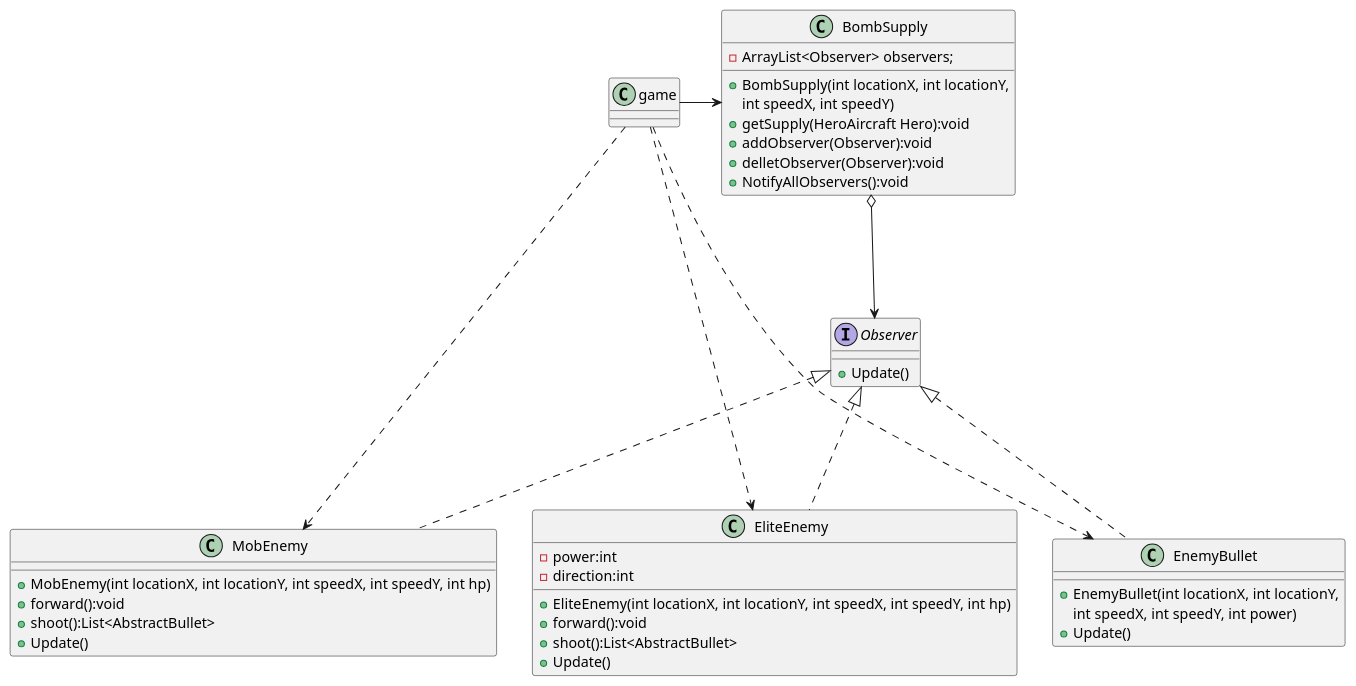
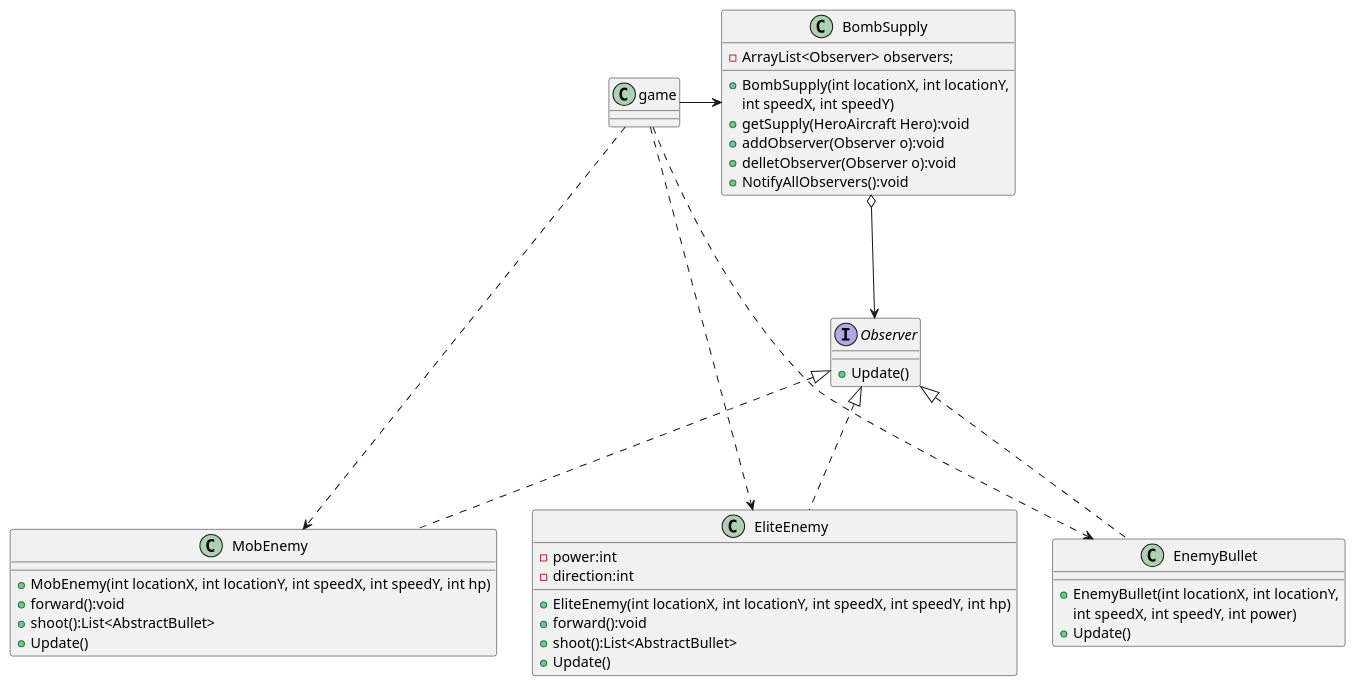
One commit to HITlgw/AircraftWar-base changed the diagram in uml/Observer.puml. Above: the diagram before and after it, drawn with PlantUML. The commit also changed 15 other files, not shown here.

```diff
--- a/uml/Observer.puml
+++ b/uml/Observer.puml
@@ -1,46 +1,46 @@
 @startuml
 'https://plantuml.com/class-diagram
 class BombSupply{
     - ArrayList<Observer> observers;
     + BombSupply(int locationX, int locationY,
      int speedX, int speedY)
     + getSupply(HeroAircraft Hero):void
-    + addObserver(Observer):void
-    + delletObserver(Observer):void
+    + addObserver(Observer o):void
+    + delletObserver(Observer o):void
     + NotifyAllObservers():void
 }
 class game{}
 Interface Observer{
     + Update()
 }
 
 class MobEnemy {
     + MobEnemy(int locationX, int locationY, int speedX, int speedY, int hp)
     + forward():void
     + shoot():List<AbstractBullet>
     + Update()
 }
 
 class EliteEnemy {
     - power:int
     - direction:int
     + EliteEnemy(int locationX, int locationY, int speedX, int speedY, int hp)
     + forward():void
     + shoot():List<AbstractBullet>
     + Update()
 }
 
 class EnemyBullet {
     + EnemyBullet(int locationX, int locationY,
      int speedX, int speedY, int power)
      + Update()
 }
 game -right-> BombSupply
 game .down.> MobEnemy
 game .down.> EliteEnemy
 game .down.> EnemyBullet
 MobEnemy .up..|> Observer
 EliteEnemy .up..|> Observer
 EnemyBullet ..up.|> Observer
 BombSupply o---> Observer
 @enduml
```
